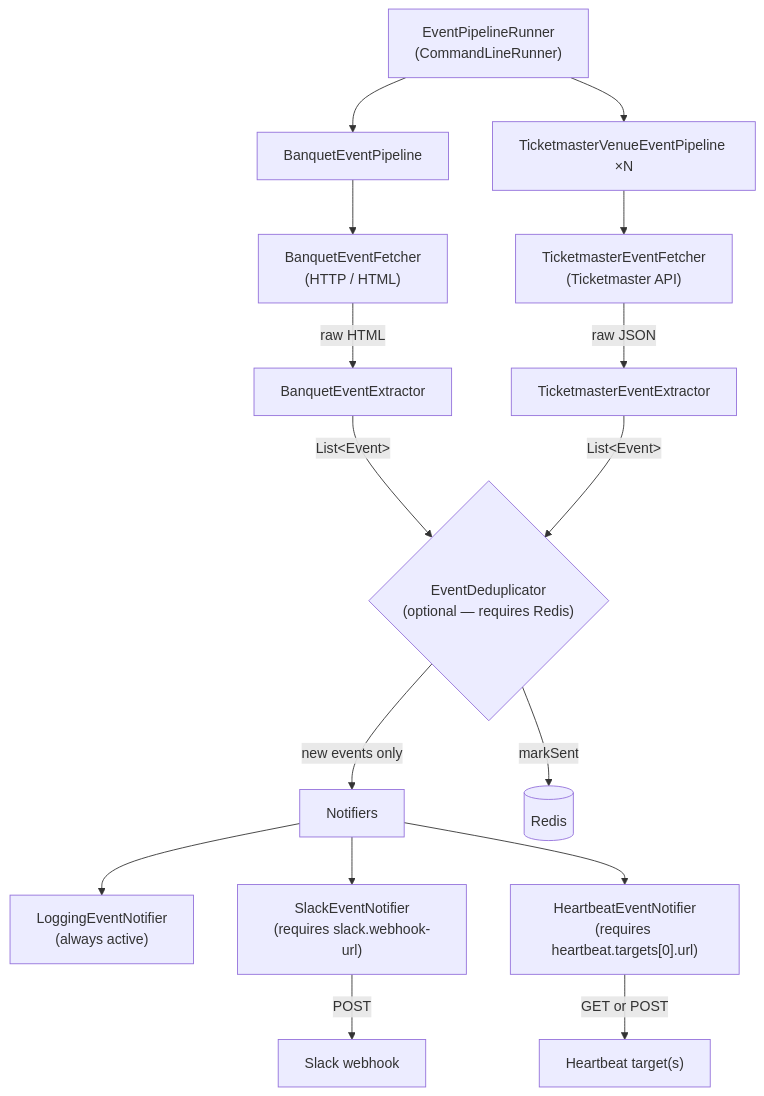
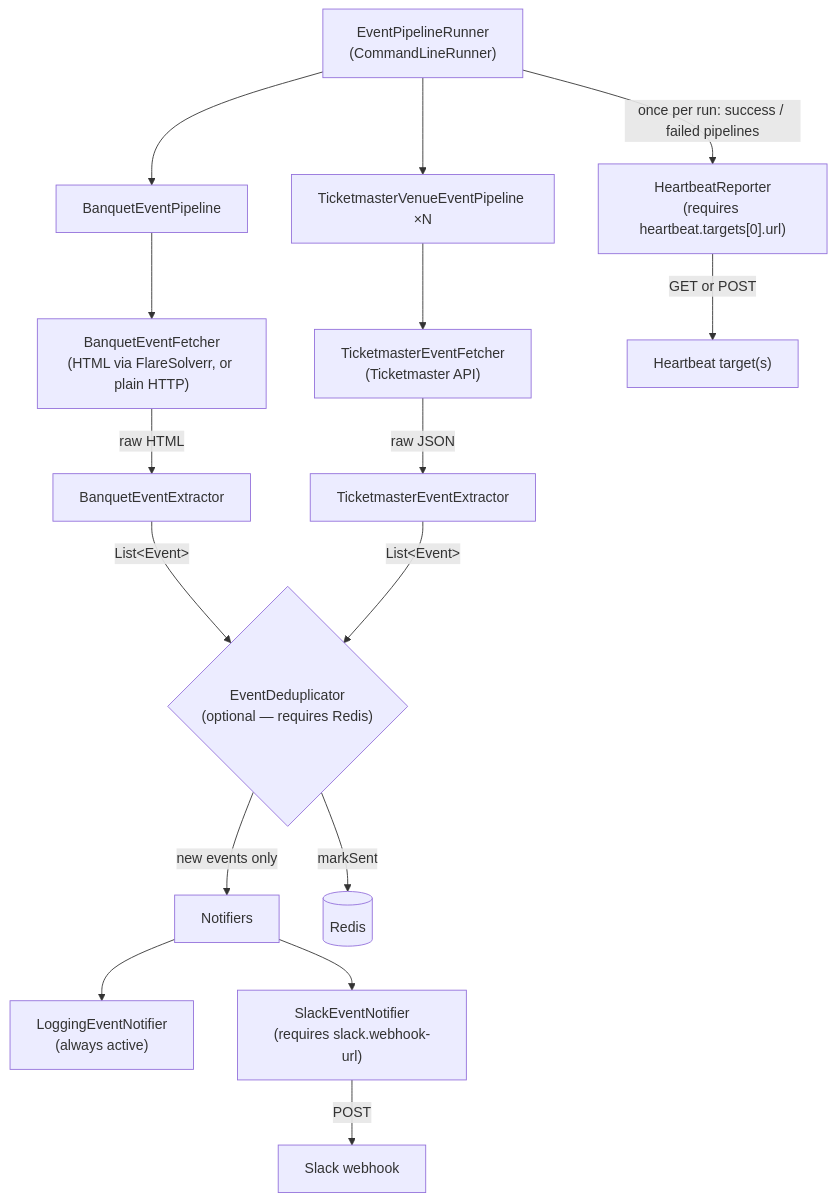
Before and after one commit to dermotmburke/gig-hub: the diagram in README.md, drawn with Mermaid. The commit also changed other lines of this file and 10 other files, not shown here.

First line of the commit message:
Fetch Banquet via FlareSolverr and report failed runs to heartbeat

````diff
--- a/README.md
+++ b/README.md
@@ -15,28 +17,28 @@
 ```mermaid
 flowchart TD
     Runner["EventPipelineRunner\n(CommandLineRunner)"]
 
     Runner --> BR["BanquetEventPipeline"]
     Runner --> TM["TicketmasterVenueEventPipeline ×N"]
 
-    BR --> BF["BanquetEventFetcher\n(HTTP / HTML)"]
+    BR --> BF["BanquetEventFetcher\n(HTML via FlareSolverr, or plain HTTP)"]
     TM --> RF["TicketmasterEventFetcher\n(Ticketmaster API)"]
 
     BF --> |raw HTML| BE["BanquetEventExtractor"]
     RF --> |raw JSON| TE["TicketmasterEventExtractor"]
 
     BE --> |List&lt;Event&gt;| Dedup
     TE --> |List&lt;Event&gt;| Dedup
 
     Dedup{"EventDeduplicator\n(optional — requires Redis)"}
     Dedup --> |new events only| Notify
 
     Notify["Notifiers"]
     Notify --> Log["LoggingEventNotifier\n(always active)"]
     Notify --> Slack["SlackEventNotifier\n(requires slack.webhook-url)"]
-    Notify --> Heartbeat["HeartbeatEventNotifier\n(requires heartbeat.targets[0].url)"]
 
     Dedup --> |markSent| Redis[("Redis")]
     Slack --> |POST| SlackAPI["Slack webhook"]
+    Runner --> |once per run: success / failed pipelines| Heartbeat["HeartbeatReporter\n(requires heartbeat.targets[0].url)"]
     Heartbeat --> |GET or POST| HeartbeatURLs["Heartbeat target(s)"]
 ```
````
